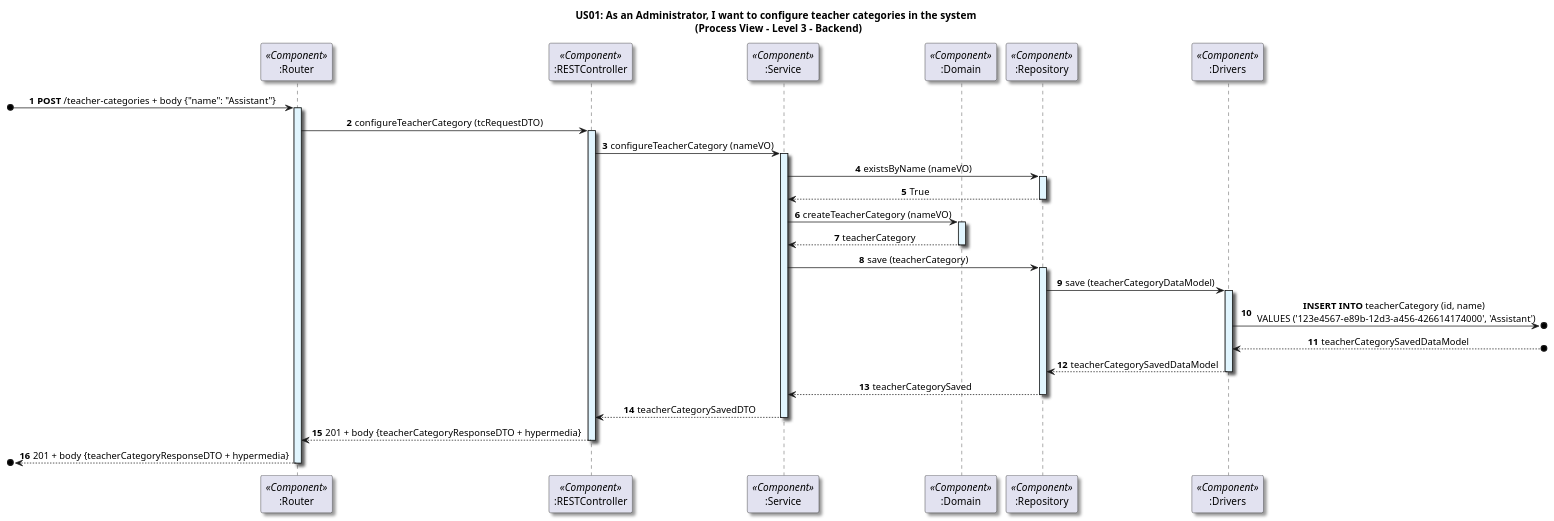
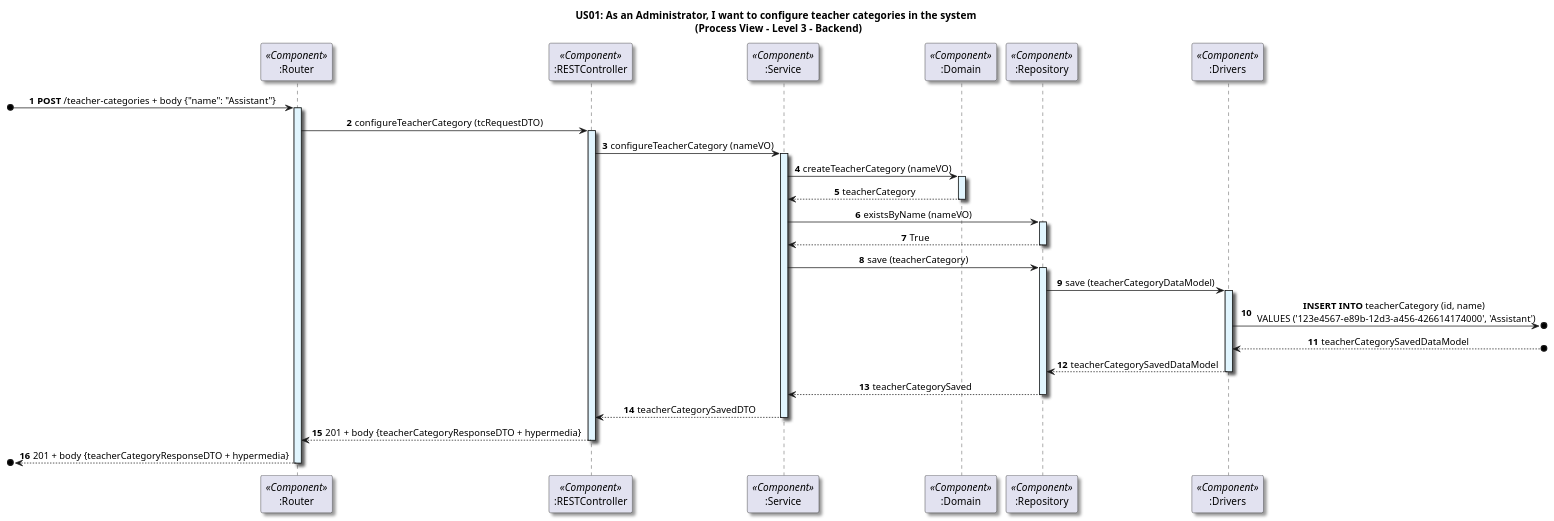
The diagram in docs/US01/Sprint6_RestAPI/ProcessView/Level3.puml (GasparISEP/DevOps-PAI), drawn with PlantUML before and after one commit. The commit also changed other lines of this file and 5 other files, not shown here.

Commit message:
docs (scenarioView): minor adjustments to Level 1, 2 and 3 for configureTeacherCategory #675 #713

```diff
--- a/docs/US01/Sprint6_RestAPI/ProcessView/Level3.puml
+++ b/docs/US01/Sprint6_RestAPI/ProcessView/Level3.puml
@@ -1,63 +1,63 @@
 @startuml
 
 title US01: As an Administrator, I want to configure teacher categories in the system \n (Process View - Level 3 - Backend)
 
 skinparam defaultTextAlignment center
 skinparam shadowing true
 
 autonumber
 
 participant ":Router" as router <<Component>>
 participant ":RESTController" as controller <<Component>>
 participant ":Service" as service <<Component>>
 participant ":Domain" as domain <<Component>>
 participant ":Repository" as repository <<Component>>
 participant ":Drivers" as drivers <<Component>>
 
 [o-> router: **POST** /teacher-categories + body {"name": "Assistant"}
 activate router #E1F5FE
 
 router -> controller: configureTeacherCategory (tcRequestDTO)
 activate controller #E1F5FE
 
 controller -> service: configureTeacherCategory (nameVO)
 activate service #E1F5FE
 
+service -> domain: createTeacherCategory (nameVO)
+activate domain #E1F5FE
+
+domain --> service: teacherCategory
+deactivate domain
+
 service -> repository: existsByName (nameVO)
 activate repository #E1F5FE
 
 repository --> service: True
 deactivate repository
-
-service -> domain: createTeacherCategory (nameVO)
-activate domain #E1F5FE
-
-domain --> service: teacherCategory
-deactivate domain
 
 service -> repository: save (teacherCategory)
 activate repository #E1F5FE
 
 repository -> drivers: save (teacherCategoryDataModel)
 activate drivers #E1F5FE
 
 drivers ->o]: **INSERT INTO** teacherCategory (id, name) \n VALUES ('123e4567-e89b-12d3-a456-426614174000', 'Assistant')
 
 drivers <--o]: teacherCategorySavedDataModel
 
 drivers --> repository: teacherCategorySavedDataModel
 deactivate drivers
 
 repository --> service: teacherCategorySaved
 deactivate repository
 
 service --> controller: teacherCategorySavedDTO
 deactivate service
 
 controller --> router: 201 + body {teacherCategoryResponseDTO + hypermedia}
 deactivate controller
 
 [o<-- router: 201 + body {teacherCategoryResponseDTO + hypermedia}
 deactivate router
 
 @enduml
```
